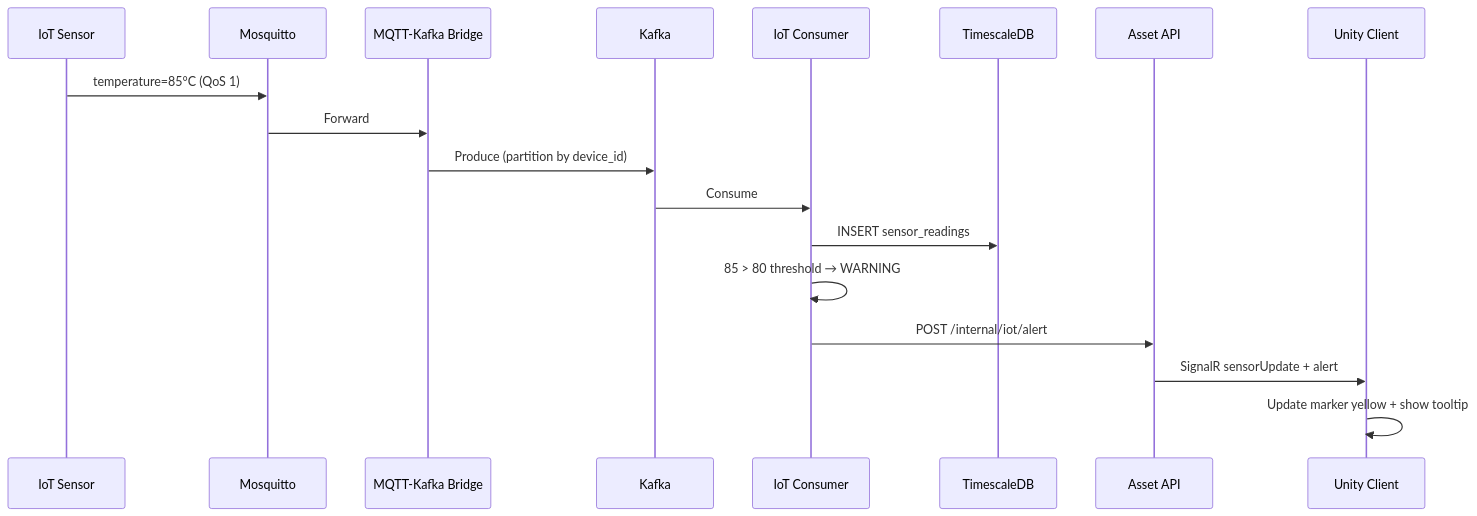
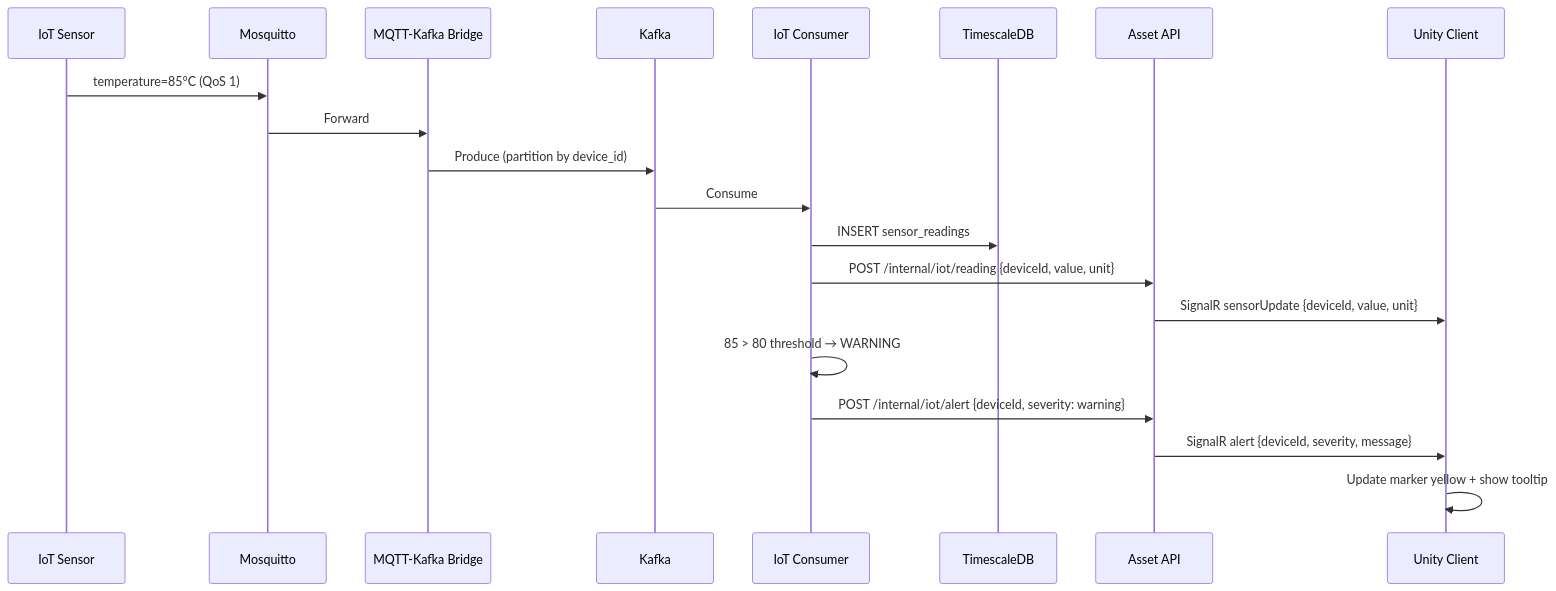
The third of 3 diagrams in 3d_asset_collaboration/docs/technical_design.md (Eyolf6Coyote7/Eyolf6Coyote7), drawn with Mermaid before and after one commit. The commit also changed other lines of this file, not shown here.

````diff
--- a/3d_asset_collaboration/docs/technical_design.md
+++ b/3d_asset_collaboration/docs/technical_design.md
@@ -626,21 +636,23 @@
 ```mermaid
 sequenceDiagram
   participant Sensor as IoT Sensor
   participant MQTT as Mosquitto
   participant Bridge as MQTT-Kafka Bridge
   participant KF as Kafka
   participant Consumer as IoT Consumer
   participant TS as TimescaleDB
   participant API as Asset API
   participant Unity as Unity Client
 
   Sensor->>MQTT: temperature=85°C (QoS 1)
   MQTT->>Bridge: Forward
   Bridge->>KF: Produce (partition by device_id)
   KF->>Consumer: Consume
   Consumer->>TS: INSERT sensor_readings
+  Consumer->>API: POST /internal/iot/reading {deviceId, value, unit}
+  API->>Unity: SignalR sensorUpdate {deviceId, value, unit}
   Consumer->>Consumer: 85 > 80 threshold → WARNING
-  Consumer->>API: POST /internal/iot/alert
-  API->>Unity: SignalR sensorUpdate + alert
+  Consumer->>API: POST /internal/iot/alert {deviceId, severity: warning}
+  API->>Unity: SignalR alert {deviceId, severity, message}
   Unity->>Unity: Update marker yellow + show tooltip
 ```
````
